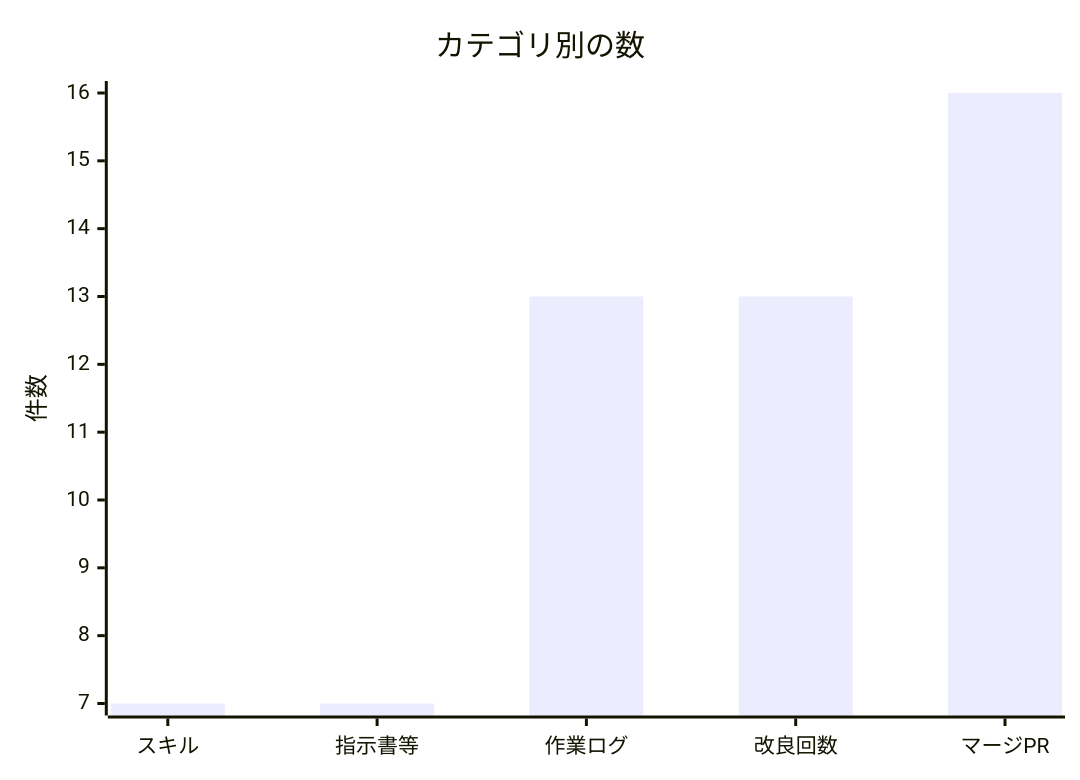
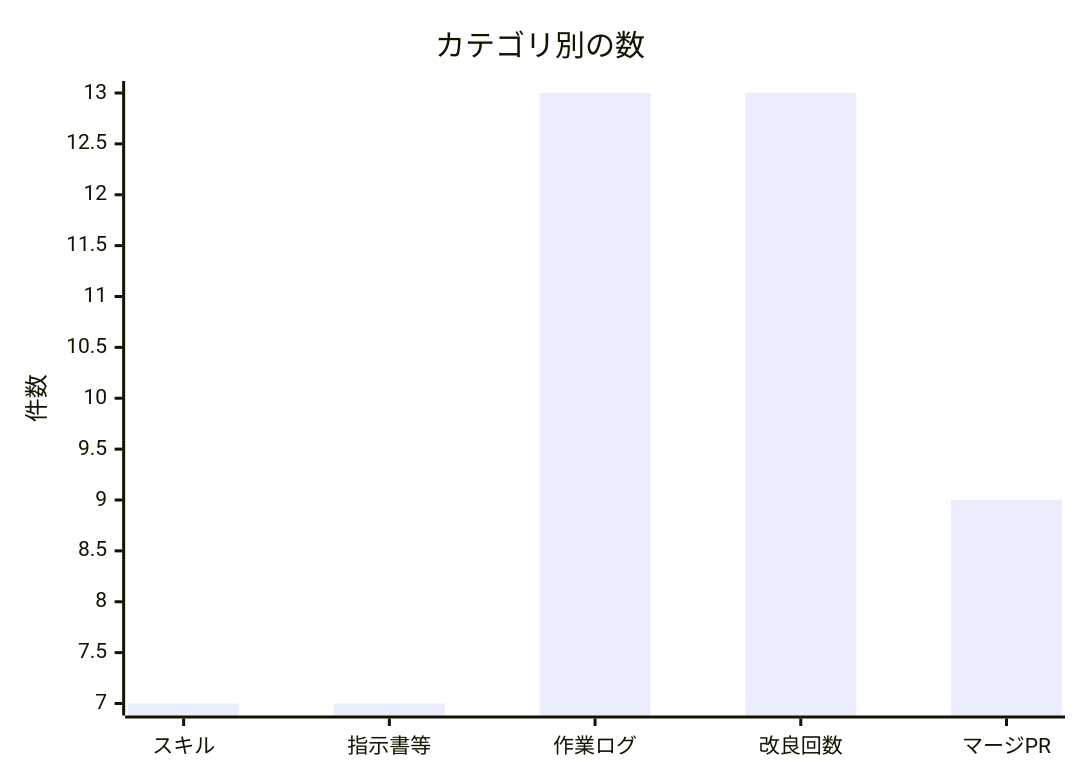
The second of 2 diagrams in docs/進化レポート.md (non-x2/non-x2), drawn with Mermaid before and after one commit. The commit also changed other lines of this file and 1 other file, not shown here.

````diff
--- a/docs/進化レポート.md
+++ b/docs/進化レポート.md
@@ -35,7 +35,7 @@
 ```mermaid
 xychart-beta
     title "カテゴリ別の数"
     x-axis ["スキル", "指示書等", "作業ログ", "改良回数", "マージPR"]
     y-axis "件数"
-    bar [7, 7, 13, 13, 16]
+    bar [7, 7, 13, 13, 9]
 ```
````
